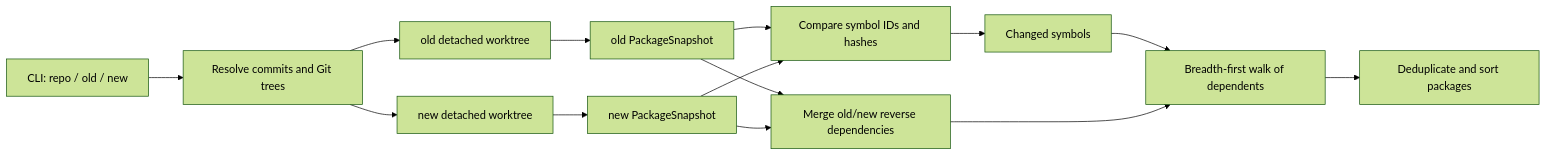
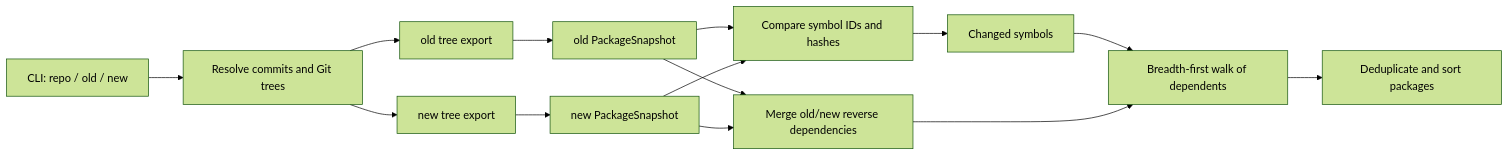
The diagram in docs/architecture.en.md (jimyag/ripples), drawn with Mermaid (forest theme) before and after one commit. The commit also changed other lines of this file and 31 other files, not shown here.

````diff
--- a/docs/architecture.en.md
+++ b/docs/architecture.en.md
@@ -9,16 +9,16 @@
 ```mermaid
 flowchart LR
     CLI["CLI: repo / old / new"] --> Resolve["Resolve commits and Git trees"]
-    Resolve --> Old["old detached worktree"]
-    Resolve --> New["new detached worktree"]
+    Resolve --> Old["old tree export"]
+    Resolve --> New["new tree export"]
     Old --> OldSnapshot["old PackageSnapshot"]
     New --> NewSnapshot["new PackageSnapshot"]
     OldSnapshot --> Compare["Compare symbol IDs and hashes"]
     NewSnapshot --> Compare
     Compare --> Changed["Changed symbols"]
     OldSnapshot --> Reverse["Merge old/new reverse dependencies"]
     NewSnapshot --> Reverse
     Changed --> Walk["Breadth-first walk of dependents"]
     Reverse --> Walk
     Walk --> Packages["Deduplicate and sort packages"]
 ```
````
